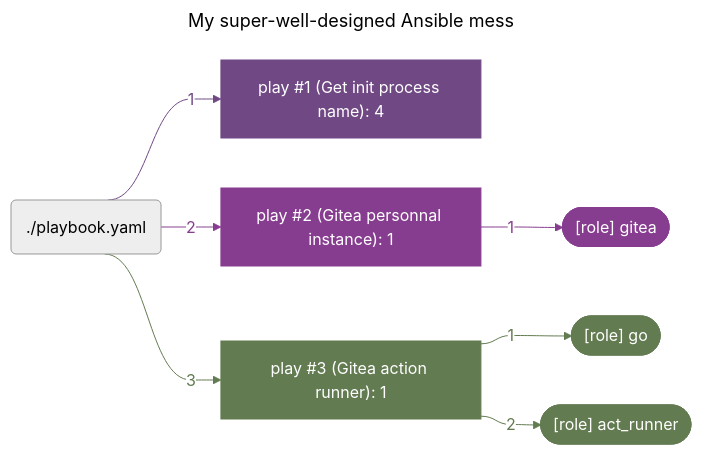
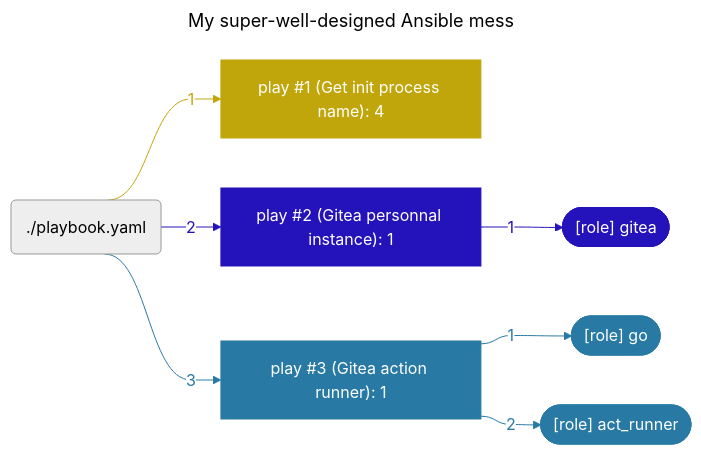
Before and after one commit to boyreau/boyreau: the diagram in README.md, drawn with Mermaid (neutral theme).

Commit message:
profile graph automatic update

````diff
--- a/README.md
+++ b/README.md
@@ -48,47 +48,47 @@
 ```mermaid
 ---
 title: "My super-well-designed Ansible mess"
 ---
 %%{ init: { "flowchart": { "curve": "bumpX" } } }%%
 flowchart LR
 	%% Start of the playbook './playbook.yaml'
-	playbook_463af9b1("./playbook.yaml")
+	playbook_22b90657("./playbook.yaml")
 		%% Start of the play 'play #1 (Get init process name): 4'
-		play_8c975b44["play #1 (Get init process name): 4"]
-		style play_8c975b44 stroke:#704884,fill:#704884,color:#ffffff
-		playbook_463af9b1 --> |"1"| play_8c975b44
-		linkStyle 0 stroke:#704884,color:#704884
+		play_96fccf77["play #1 (Get init process name): 4"]
+		style play_96fccf77 stroke:#c1a60b,fill:#c1a60b,color:#ffffff
+		playbook_22b90657 --> |"1"| play_96fccf77
+		linkStyle 0 stroke:#c1a60b,color:#c1a60b
 		%% End of the play 'play #1 (Get init process name): 4'
 		%% Start of the play 'play #2 (Gitea personnal instance): 1'
-		play_f46c0331["play #2 (Gitea personnal instance): 1"]
-		style play_f46c0331 stroke:#873d8f,fill:#873d8f,color:#ffffff
-		playbook_463af9b1 --> |"2"| play_f46c0331
-		linkStyle 1 stroke:#873d8f,color:#873d8f
+		play_d59cba4b["play #2 (Gitea personnal instance): 1"]
+		style play_d59cba4b stroke:#2412ba,fill:#2412ba,color:#ffffff
+		playbook_22b90657 --> |"2"| play_d59cba4b
+		linkStyle 1 stroke:#2412ba,color:#2412ba
 			%% Start of the role '[role] gitea'
-			play_f46c0331 --> |"1 "| role_3863489f
-			linkStyle 2 stroke:#873d8f,color:#873d8f
-			role_3863489f(["[role] gitea"])
-			style role_3863489f fill:#873d8f,color:#ffffff,stroke:#873d8f
+			play_d59cba4b --> |"1 "| role_49ff7bbe
+			linkStyle 2 stroke:#2412ba,color:#2412ba
+			role_49ff7bbe(["[role] gitea"])
+			style role_49ff7bbe fill:#2412ba,color:#ffffff,stroke:#2412ba
 			%% End of the role '[role] gitea'
 		%% End of the play 'play #2 (Gitea personnal instance): 1'
 		%% Start of the play 'play #3 (Gitea action runner): 1'
-		play_9eb101d9["play #3 (Gitea action runner): 1"]
-		style play_9eb101d9 stroke:#627b51,fill:#627b51,color:#ffffff
-		playbook_463af9b1 --> |"3"| play_9eb101d9
-		linkStyle 3 stroke:#627b51,color:#627b51
+		play_5796dcff["play #3 (Gitea action runner): 1"]
+		style play_5796dcff stroke:#287aa4,fill:#287aa4,color:#ffffff
+		playbook_22b90657 --> |"3"| play_5796dcff
+		linkStyle 3 stroke:#287aa4,color:#287aa4
 			%% Start of the role '[role] go'
-			play_9eb101d9 --> |"1 "| role_d705e651
-			linkStyle 4 stroke:#627b51,color:#627b51
-			role_d705e651(["[role] go"])
-			style role_d705e651 fill:#627b51,color:#ffffff,stroke:#627b51
+			play_5796dcff --> |"1 "| role_dd3ccb41
+			linkStyle 4 stroke:#287aa4,color:#287aa4
+			role_dd3ccb41(["[role] go"])
+			style role_dd3ccb41 fill:#287aa4,color:#ffffff,stroke:#287aa4
 			%% End of the role '[role] go'
 			%% Start of the role '[role] act_runner'
-			play_9eb101d9 --> |"2 "| role_9b432777
-			linkStyle 5 stroke:#627b51,color:#627b51
-			role_9b432777(["[role] act_runner"])
-			style role_9b432777 fill:#627b51,color:#ffffff,stroke:#627b51
+			play_5796dcff --> |"2 "| role_ba64518d
+			linkStyle 5 stroke:#287aa4,color:#287aa4
+			role_ba64518d(["[role] act_runner"])
+			style role_ba64518d fill:#287aa4,color:#ffffff,stroke:#287aa4
 			%% End of the role '[role] act_runner'
 		%% End of the play 'play #3 (Gitea action runner): 1'
 	%% End of the playbook './playbook.yaml'
 
 ```
````
